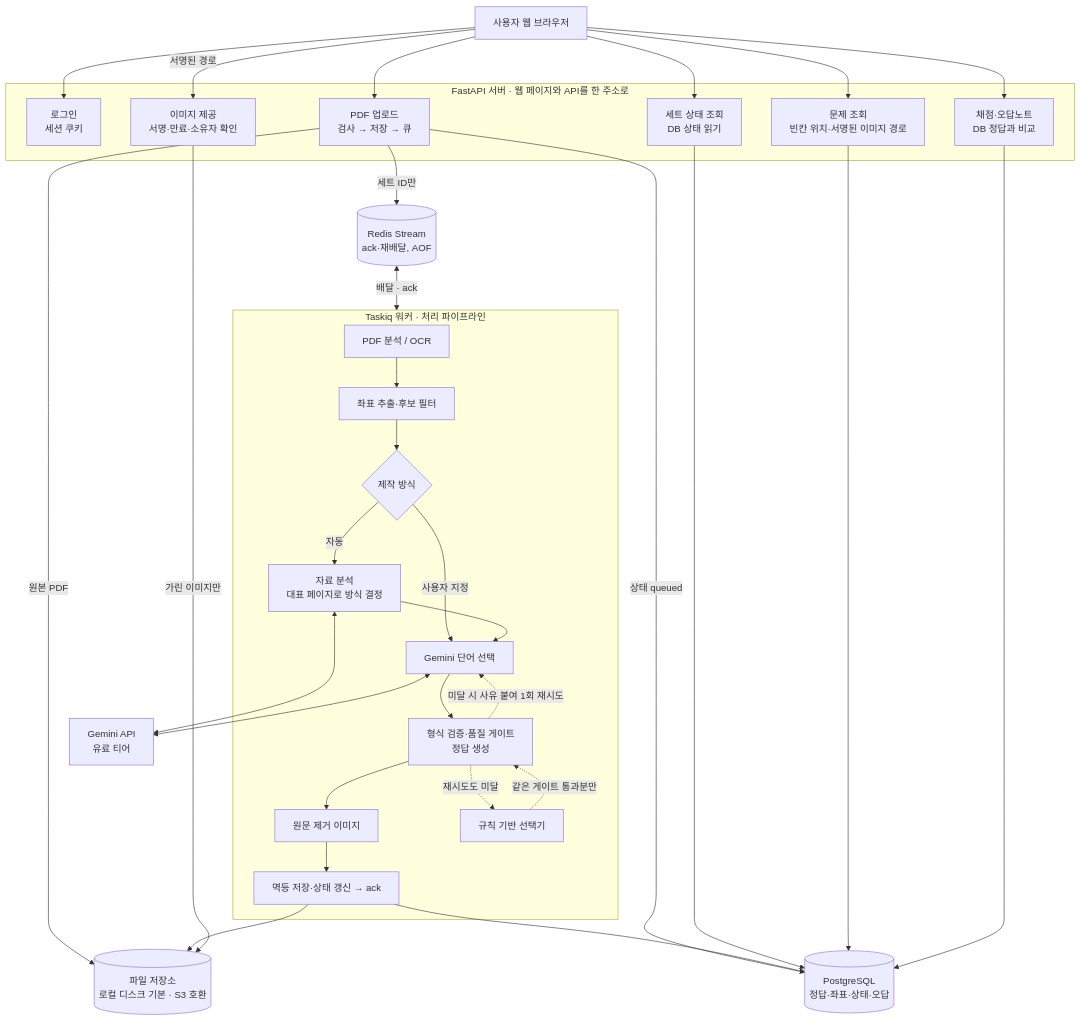
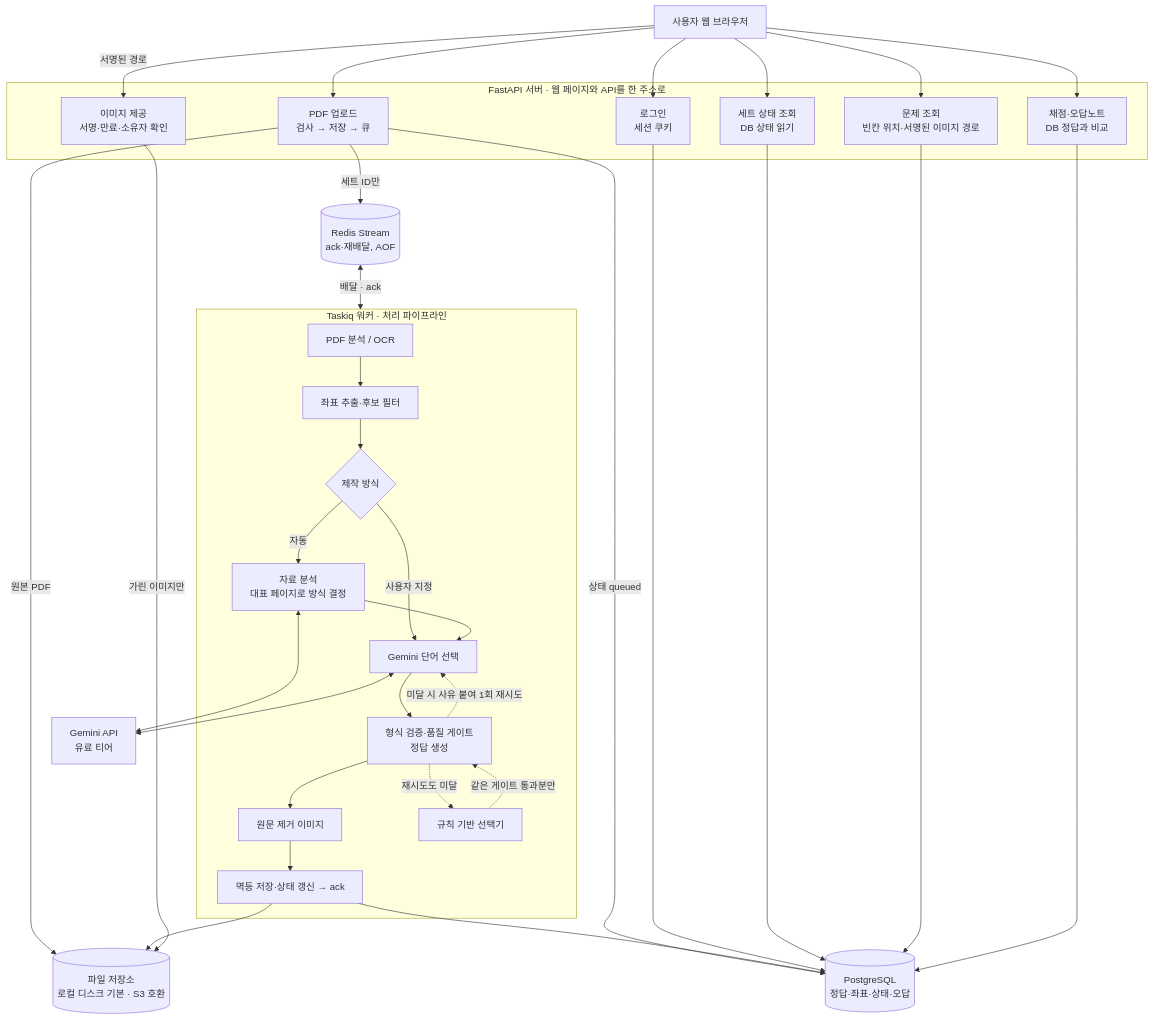
One commit to best-vibing/cloze changed the diagram in docs/architecture.md. Above: the diagram before and after it, drawn with Mermaid. The commit also changed other lines of this file and 3 other files, not shown here.

````diff
--- a/docs/architecture.md
+++ b/docs/architecture.md
@@ -13,47 +13,48 @@
 ```mermaid
 flowchart TB
     B[사용자 웹 브라우저]
 
     subgraph API[FastAPI 서버 · 웹 페이지와 API를 한 주소로]
         L[로그인<br/>세션 쿠키]
         U[PDF 업로드<br/>검사 → 저장 → 큐]
         S[세트 상태 조회<br/>DB 상태 읽기]
         Q[문제 조회<br/>빈칸 위치·서명된 이미지 경로]
         G[채점·오답노트<br/>DB 정답과 비교]
         I[이미지 제공<br/>서명·만료·소유자 확인]
     end
 
     R[(Redis Stream<br/>ack·재배달, AOF)]
     OS[(파일 저장소<br/>로컬 디스크 기본 · S3 호환)]
     PG[(PostgreSQL<br/>정답·좌표·상태·오답)]
     GM[Gemini API<br/>유료 티어]
 
     subgraph W[Taskiq 워커 · 처리 파이프라인]
         P1[PDF 분석 / OCR] --> P2[좌표 추출·후보 필터]
         P2 --> PA{제작 방식}
         PA -->|자동| P2A[자료 분석<br/>대표 페이지로 방식 결정]
         PA -->|사용자 지정| P3
         P2A --> P3[Gemini 단어 선택]
         P3 --> P4[형식 검증·품질 게이트<br/>정답 생성]
         P4 --> P5[원문 제거 이미지]
         P5 --> P6[멱등 저장·상태 갱신 → ack]
         P4 -. 미달 시 사유 붙여 1회 재시도 .-> P3
         P4 -. 재시도도 미달 .-> FB[규칙 기반 선택기]
         FB -. 같은 게이트 통과분만 .-> P4
     end
 
     B --> L & U & S & Q & G
     U -->|원본 PDF| OS
     U -->|상태 queued| PG
     U -->|세트 ID만| R
     R <-->|배달 · ack| W
     P2A <--> GM
     P3 <--> GM
     P6 --> PG
     P6 --> OS
+    L --> PG
     S --> PG
     Q --> PG
     G --> PG
     B -->|서명된 경로| I
     I -->|가린 이미지만| OS
 ```
````
